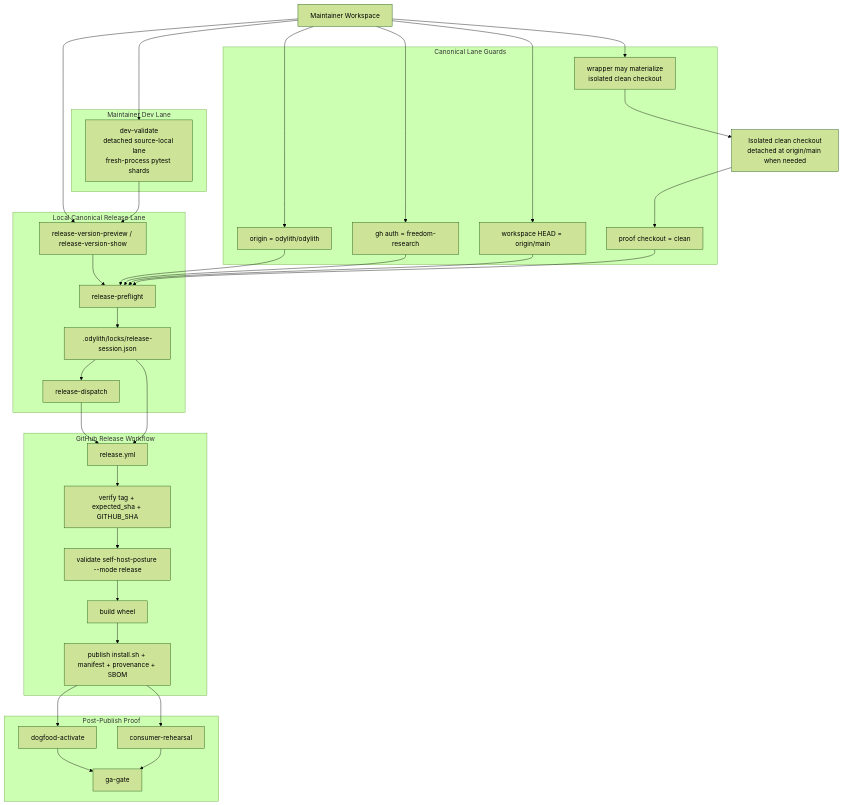
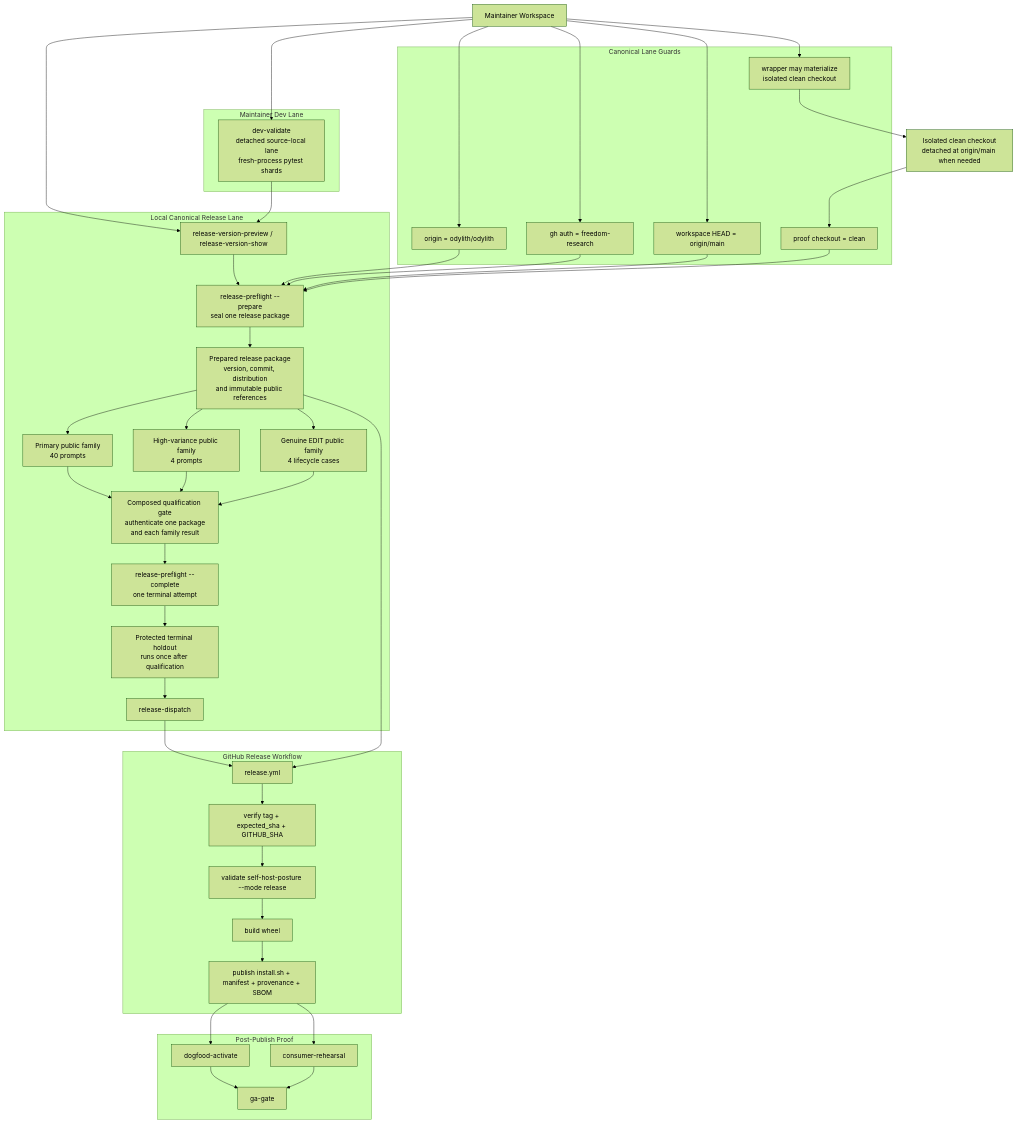
Before and after one commit to odylith/odylith: the diagram in odylith/atlas/source/odylith-canonical-release-version-session-and-publish-lane.mmd, drawn with Mermaid (forest theme). The commit also changed 87 other files, not shown here.

Commit message:
Freeze Greenfield release qualification and simplify review surfaces

```diff
--- a/odylith/atlas/source/odylith-canonical-release-version-session-and-publish-lane.mmd
+++ b/odylith/atlas/source/odylith-canonical-release-version-session-and-publish-lane.mmd
@@ -1,67 +1,75 @@
-%% Reviewed 2026-08-03 for deterministic process-isolated full-suite validation and aggregate shard failure reporting.
+%% Reviewed 2026-10-12 for one prepared release package, public-family qualification, and a single terminal completion attempt.
 flowchart TD
     maintainer["Maintainer Workspace"]
     preview["release-version-preview / release-version-show"]
     devvalidate["dev-validate<br/>detached source-local lane<br/>fresh-process pytest shards"]
-    preflight["release-preflight"]
-    session[".odylith/locks/release-session.json"]
+    prepare["release-preflight --prepare<br/>seal one release package"]
+    session["Prepared release package<br/>version, commit, distribution<br/>and immutable public references"]
+    primary["Primary public family<br/>40 prompts"]
+    high_variance["High-variance public family<br/>4 prompts"]
+    genuine_edit["Genuine EDIT public family<br/>4 lifecycle cases"]
+    composition["Composed qualification gate<br/>authenticate one package<br/>and each family result"]
+    complete["release-preflight --complete<br/>one terminal attempt"]
+    holdout["Protected terminal holdout<br/>runs once after qualification"]
     dispatch["release-dispatch"]
     isolated["Isolated clean checkout<br/>detached at origin/main when needed"]
 
     subgraph local["Local Canonical Release Lane"]
-        preview --> preflight
-        preflight --> session
-        session --> dispatch
+        preview --> prepare --> session
+        session --> primary --> composition
+        session --> high_variance --> composition
+        session --> genuine_edit --> composition
+        composition --> complete --> holdout --> dispatch
     end
 
     subgraph dev["Maintainer Dev Lane"]
         devvalidate --> preview
     end
 
     subgraph guards["Canonical Lane Guards"]
         origin["origin = odylith/odylith"]
         actor["gh auth = freedom-research"]
         sync["workspace HEAD = origin/main"]
         clean["proof checkout = clean"]
         detached["wrapper may materialize<br/>isolated clean checkout"]
     end
 
     subgraph publish["GitHub Release Workflow"]
         workflow["release.yml"]
         commit_guard["verify tag + expected_sha + GITHUB_SHA"]
         posture["validate self-host-posture --mode release"]
         build["build wheel"]
         assets["publish install.sh + manifest + provenance + SBOM"]
     end
 
     subgraph proof["Post-Publish Proof"]
         dogfood["dogfood-activate"]
         consumer["consumer-rehearsal"]
         ga["ga-gate"]
     end
 
     maintainer --> preview
     maintainer --> devvalidate
     maintainer --> origin
     maintainer --> actor
     maintainer --> sync
     maintainer --> detached
     detached --> isolated
     isolated --> clean
 
-    origin --> preflight
-    actor --> preflight
-    clean --> preflight
-    sync --> preflight
+    origin --> prepare
+    actor --> prepare
+    clean --> prepare
+    sync --> prepare
 
     dispatch --> workflow
     session --> workflow
     workflow --> commit_guard
     commit_guard --> posture
     posture --> build
     build --> assets
 
     assets --> dogfood
     assets --> consumer
     dogfood --> ga
     consumer --> ga
```
